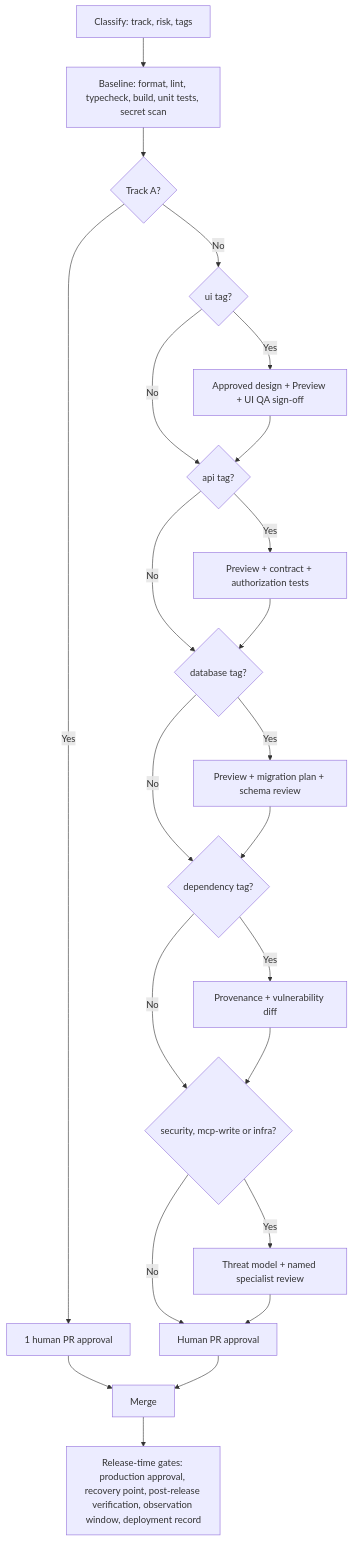
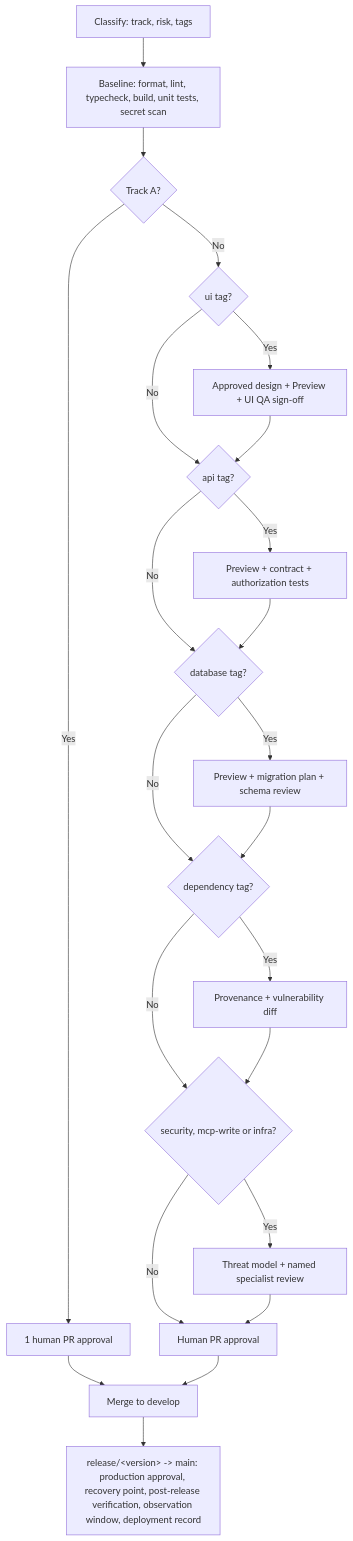
Before and after one commit to prishanf/AI-Development-Framework: the diagram in diagrams/quality-gates.md, drawn with Mermaid. The commit also changed 22 other files, not shown here.

````diff
--- a/diagrams/quality-gates.md
+++ b/diagrams/quality-gates.md
@@ -5,31 +5,31 @@
 ```mermaid
 flowchart TD
     classify[Classify: track, risk, tags] --> baseline[Baseline: format, lint, typecheck, build, unit tests, secret scan]
     baseline --> trackA{Track A?}
     trackA -->|Yes| approve[1 human PR approval]
-    approve --> merge[Merge]
+    approve --> merge[Merge to develop]
     trackA -->|No| ui{ui tag?}
 
     ui -->|Yes| uiqa[Approved design + Preview + UI QA sign-off]
     ui -->|No| api{api tag?}
     uiqa --> api
 
     api -->|Yes| contract[Preview + contract + authorization tests]
     api -->|No| db{database tag?}
     contract --> db
 
     db -->|Yes| migration[Preview + migration plan + schema review]
     db -->|No| dep{dependency tag?}
     migration --> dep
 
     dep -->|Yes| prov[Provenance + vulnerability diff]
     dep -->|No| secure{security, mcp-write or infra?}
     prov --> secure
 
     secure -->|Yes| threat[Threat model + named specialist review]
     secure -->|No| approve2[Human PR approval]
     threat --> approve2
     approve2 --> merge
 
-    merge --> reltime[Release-time gates: production approval, recovery point, post-release verification, observation window, deployment record]
+    merge --> reltime[release/&lt;version&gt; -> main: production approval, recovery point, post-release verification, observation window, deployment record]
 ```
````
